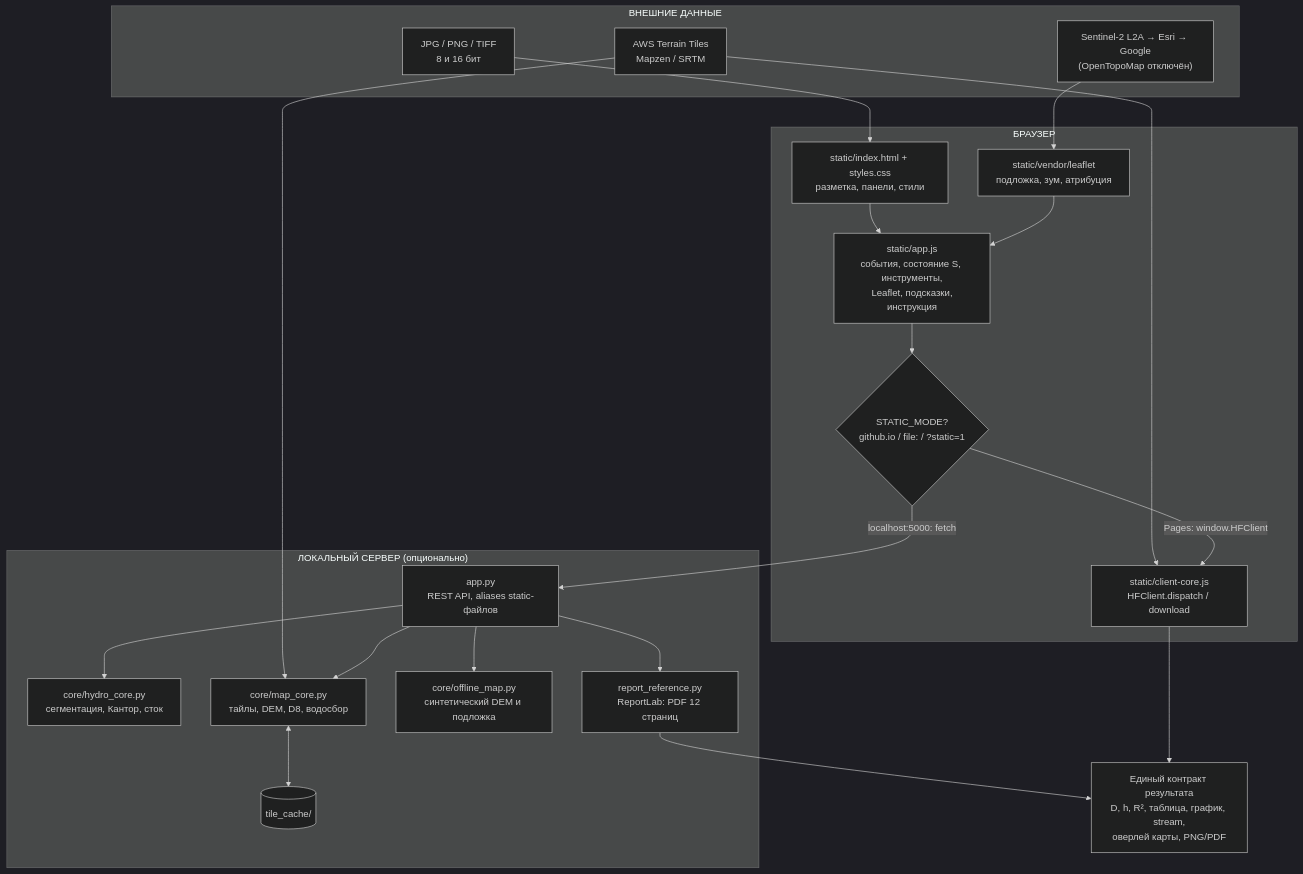
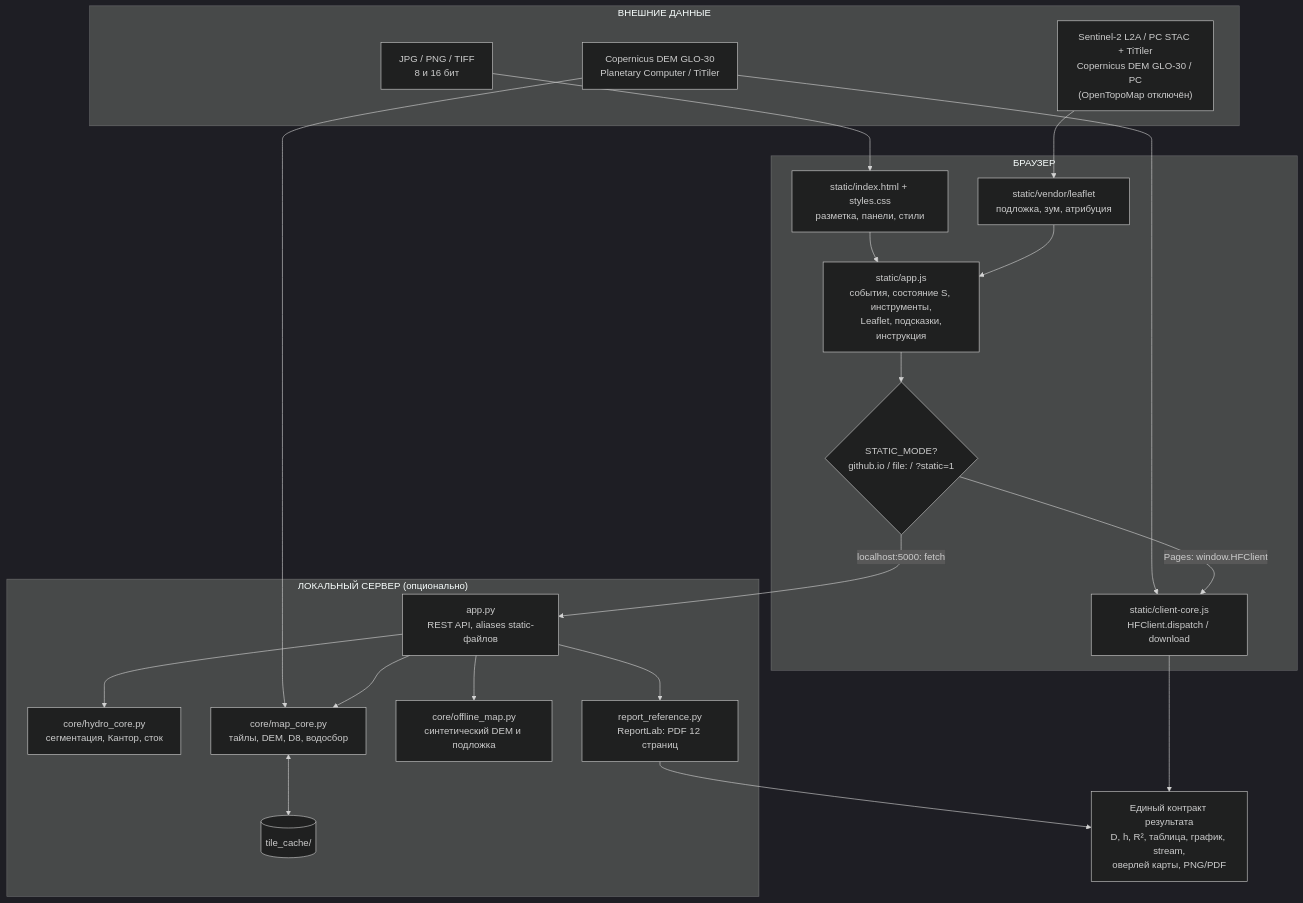
Before and after one commit to rinhaizaki/HydroFractal: the first of 2 diagrams in ARCHITECTURE.md, drawn with Mermaid (dark theme). The commit also changed other lines of this file and 12 other files, not shown here.

Commit message:
Use Planetary Computer Sentinel-2 and Copernicus DEM, add NDWI threshold, D confirmation and screenshot deterrents

````diff
--- a/ARCHITECTURE.md
+++ b/ARCHITECTURE.md
@@ -46,45 +46,45 @@
 ```mermaid
 flowchart TB
   subgraph Browser["БРАУЗЕР"]
     UI["static/index.html + styles.css<br/>разметка, панели, стили"]
     App["static/app.js<br/>события, состояние S, инструменты,<br/> Leaflet, подсказки, инструкция"]
     Adapter{"STATIC_MODE?<br/>github.io / file: / ?static=1"}
     Client["static/client-core.js<br/>HFClient.dispatch / download"]
     Leaflet["static/vendor/leaflet<br/>подложка, зум, атрибуция"]
   end
 
   subgraph Flask["ЛОКАЛЬНЫЙ СЕРВЕР (опционально)"]
     API["app.py<br/>REST API, aliases static-файлов"]
     Hydro["core/hydro_core.py<br/>сегментация, Кантор, сток"]
     MapCore["core/map_core.py<br/>тайлы, DEM, D8, водосбор"]
     Offline["core/offline_map.py<br/>синтетический DEM и подложка"]
     Report["report_reference.py<br/>ReportLab: PDF 12 страниц"]
     Cache[("tile_cache/")]
   end
 
   subgraph Sources["ВНЕШНИЕ ДАННЫЕ"]
     File["JPG / PNG / TIFF<br/>8 и 16 бит"]
-    Tiles["Sentinel-2 L2A → Esri → Google<br/>(OpenTopoMap отключён)"]
-    DEM["AWS Terrain Tiles<br/>Mapzen / SRTM"]
+    Tiles["Sentinel-2 L2A / PC STAC + TiTiler<br/>Copernicus DEM GLO-30 / PC<br/>(OpenTopoMap отключён)"]
+    DEM["Copernicus DEM GLO-30<br/>Planetary Computer / TiTiler"]
   end
 
   File --> UI
   Tiles --> Leaflet
   DEM --> Client
   DEM --> MapCore
 
   UI --> App
   App --> Adapter
   Leaflet --> App
   Adapter -- "Pages: window.HFClient" --> Client
   Adapter -- "localhost:5000: fetch" --> API
 
   API --> Hydro
   API --> MapCore
   API --> Offline
   API --> Report
   MapCore <--> Cache
 
   Client --> Calc["Единый контракт результата<br/>D, h, R², таблица, график, stream,<br/>оверлей карты, PNG/PDF"]
   Report --> Calc
 ```
````
